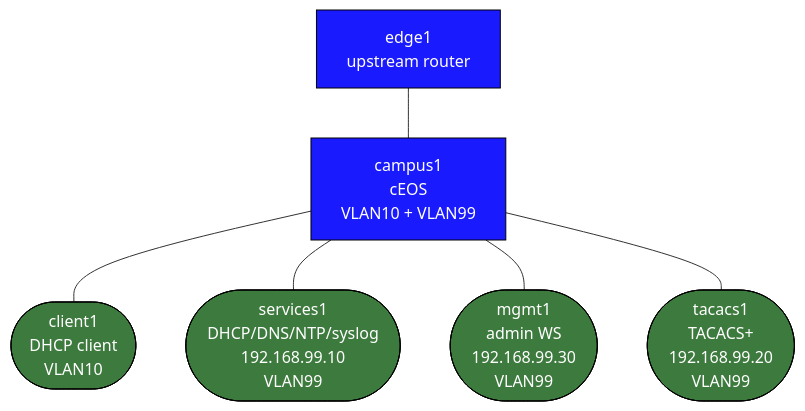
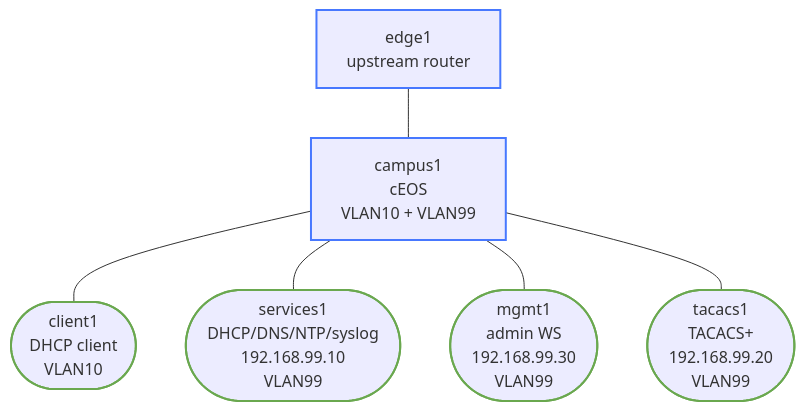
Before and after one commit to jschless/networkingLabs: the diagram in labs/enterprise-services-infra/README.md, drawn with Mermaid. The commit also changed 250 other files, not shown here.

Commit message:
Fix unreadable topology diagrams, convert ASCII art, publish assessments (#57)

````diff
--- a/labs/enterprise-services-infra/README.md
+++ b/labs/enterprise-services-infra/README.md
@@ -31,21 +31,21 @@
 ```mermaid
 flowchart TB
-    edge1["edge1\nupstream router"]
-    campus1["campus1\ncEOS\nVLAN10 + VLAN99"]
-    client1(["client1\nDHCP client\nVLAN10"])
-    services1(["services1\nDHCP/DNS/NTP/syslog\n192.168.99.10\nVLAN99"])
-    mgmt1(["mgmt1\nadmin WS\n192.168.99.30\nVLAN99"])
-    tacacs1(["tacacs1\nTACACS+\n192.168.99.20\nVLAN99"])
+    edge1["edge1<br/>upstream router"]
+    campus1["campus1<br/>cEOS<br/>VLAN10 + VLAN99"]
+    client1(["client1<br/>DHCP client<br/>VLAN10"])
+    services1(["services1<br/>DHCP/DNS/NTP/syslog<br/>192.168.99.10<br/>VLAN99"])
+    mgmt1(["mgmt1<br/>admin WS<br/>192.168.99.30<br/>VLAN99"])
+    tacacs1(["tacacs1<br/>TACACS+<br/>192.168.99.20<br/>VLAN99"])
 
     edge1 --- campus1
     campus1 --- client1
     campus1 --- services1
     campus1 --- mgmt1
     campus1 --- tacacs1
 
-    classDef router fill:#1a1aff,color:#fff,stroke:#000
-    classDef host   fill:#3d7a3d,color:#fff,stroke:#000
+    classDef router stroke:#4778ff,stroke-width:2px
+    classDef host stroke:#6aa84f,stroke-width:2px
 
     class edge1,campus1 router
     class client1,services1,mgmt1,tacacs1 host
 ```
````
